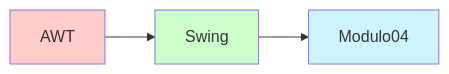
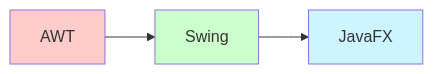
One commit to ThayronyVonHeld/java-backend-journey changed the diagram in Module - Lessons/Module 1 - Java Basic/Lesson 5 - Introduction to Swing and JavaFX/lesson-05-en.md. Above: the diagram before and after it, drawn with Mermaid. The commit also changed other lines of this file and 1 other file, not shown here.

````diff
--- a/Module - Lessons/Module 1 - Java Basic/Lesson 5 - Introduction to Swing and JavaFX/lesson-05-en.md
+++ b/Module - Lessons/Module 1 - Java Basic/Lesson 5 - Introduction to Swing and JavaFX/lesson-05-en.md
@@ -40,9 +40,9 @@
 ```mermaid
 graph LR
     A[AWT] --> B[Swing];
-    B --> C[Modulo04];
+    B --> C[JavaFX];
     
     style A fill:#ffcccc
     style B fill:#ccffcc
     style C fill:#ccf5ff
 ```
````
